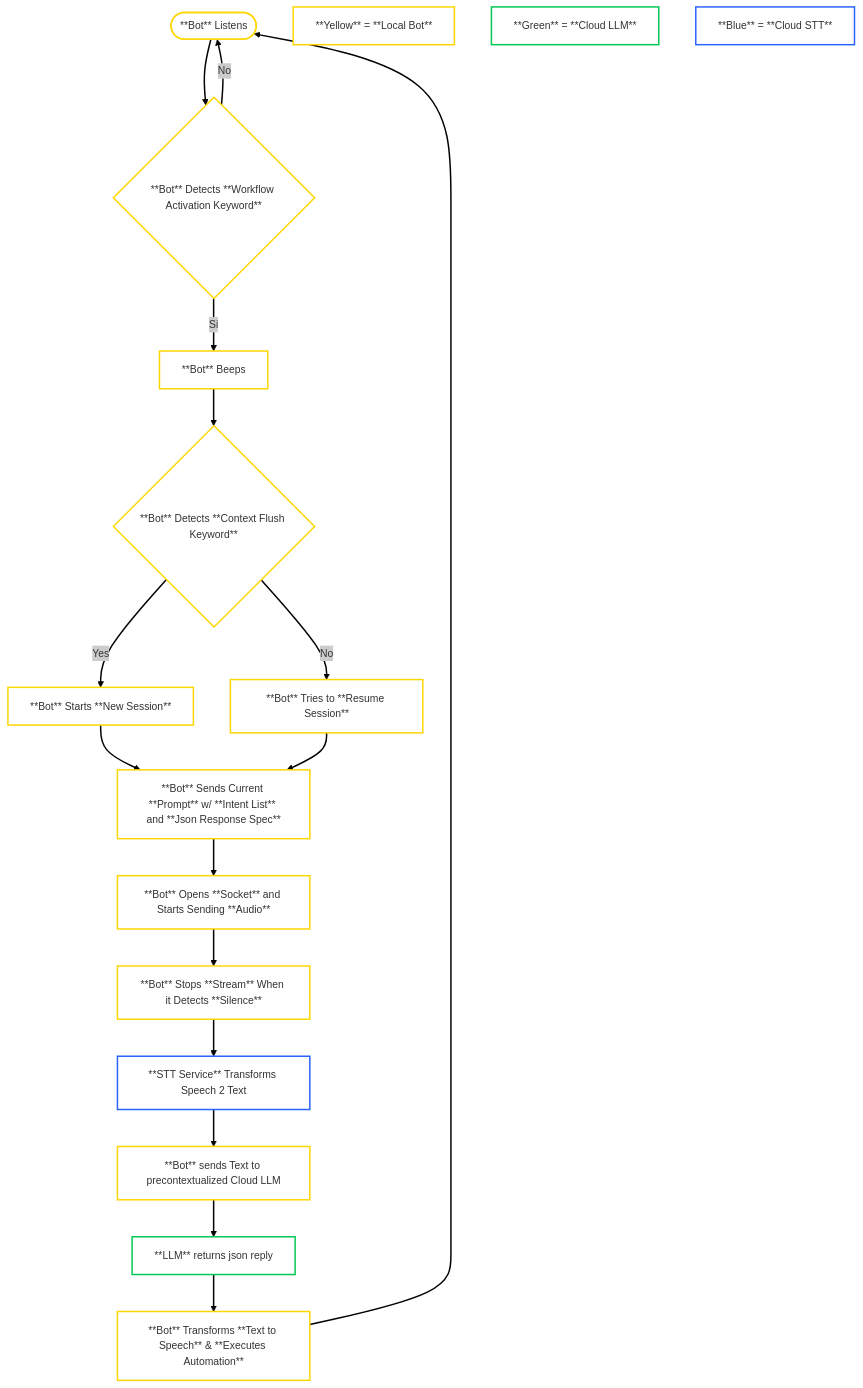
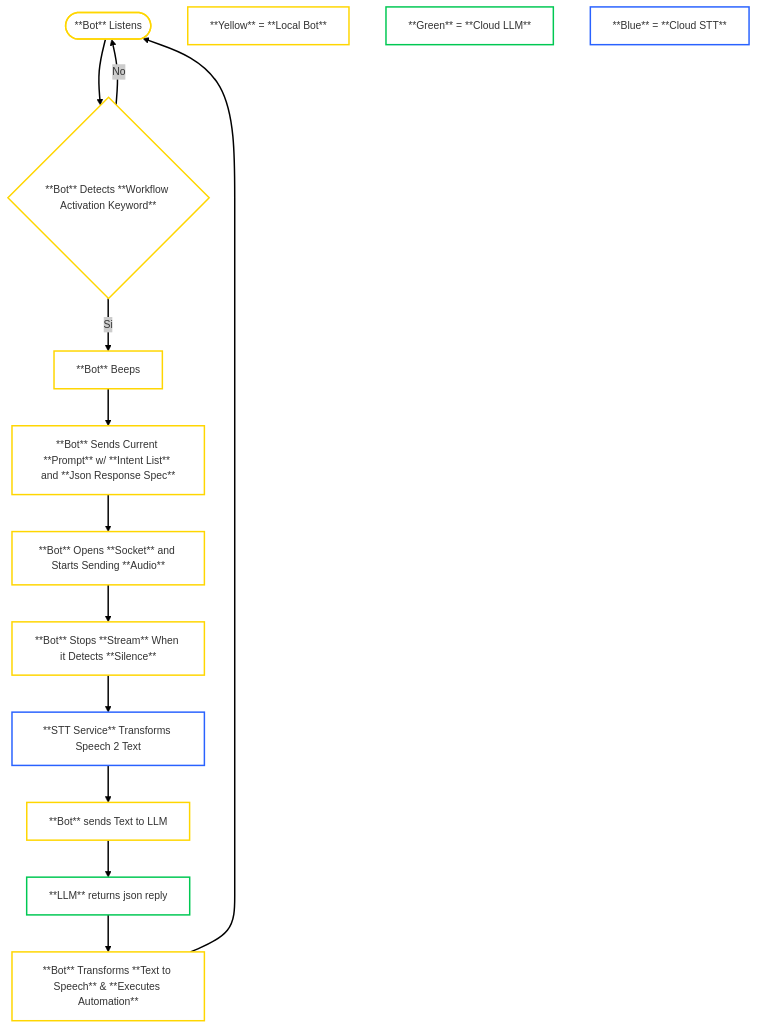
The diagram in 10KFEETVIEW.mmd (andresmascl/scrapbot.ai), drawn with Mermaid before and after one commit.

```diff
--- a/10KFEETVIEW.mmd
+++ b/10KFEETVIEW.mmd
@@ -1,46 +1,38 @@
 ---
 config:
   theme: neo
 ---
 flowchart TB
     A(["**Bot** Listens"]) --> C["**Bot** Detects **Workflow Activation Keyword**"]
     C -- Si --> n4["**Bot** Beeps"]
-    n1["**Bot** Detects **Context Flush Keyword**"] -- Yes --> n2["**Bot** Starts **New Session**"]
-    n2 --> n3["**Bot** Sends Current **Prompt** w/ **Intent List** and **Json Response Spec**"]
-    n4 --> n1
+    n4 --> n3["**Bot** Sends Current **Prompt** w/ **Intent List** and **Json Response Spec**"]
     C -- No --> A
     n3 --> n5["**Bot** Opens **Socket** and Starts Sending **Audio**"]
-    n1 -- No --> n6["**Bot** Tries to **Resume Session**"]
-    n6 --> n3
     n5 --> n7["**Bot** Stops **Stream** When it Detects **Silence**"]
-    n11["**STT Service** Transforms Speech 2 Text"] --> n23["**Bot** sends Text to precontextualized Cloud LLM"]
+    n11["**STT Service** Transforms Speech 2 Text"] --> n23["**Bot** sends Text to LLM"]
     n15["**Bot** Transforms **Text to Speech** &amp; **Executes Automation**"] --> A
     n23 --> n24["**LLM** returns json reply"]
     n7 --> n11
     n24 --> n15
     n18["**Yellow** = **Local Bot**"]
     n19["**Green** = **Cloud LLM**"]
     n25["**Blue** = **Cloud STT**"]
 
     C@{ shape: diam}
-    n1@{ shape: diam}
     n7@{ shape: rect}
     n18@{ shape: rect}
     n19@{ shape: rect}
     n25@{ shape: rect}
     style A stroke:#FFD600
     style C stroke:#FFD600
     style n4 stroke:#FFD600
-    style n1 stroke:#FFD600
-    style n2 stroke:#FFD600
     style n3 stroke:#FFD600
     style n5 stroke:#FFD600
-    style n6 stroke:#FFD600
     style n7 stroke:#FFD600
     style n11 stroke:#2962FF
     style n23 stroke:#FFD600
     style n15 stroke:#FFD600
     style n24 stroke:#00C853
     style n18 stroke:#FFD600
     style n19 stroke:#00C853
     style n25 stroke:#2962FF
```
